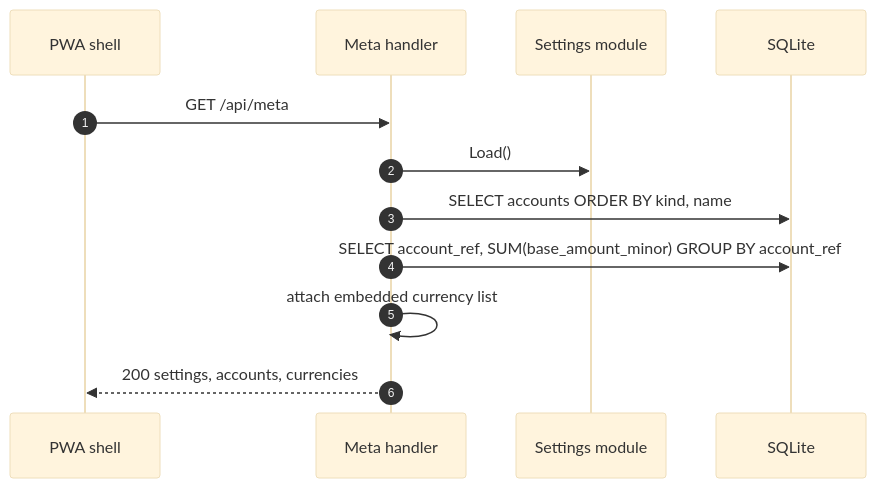
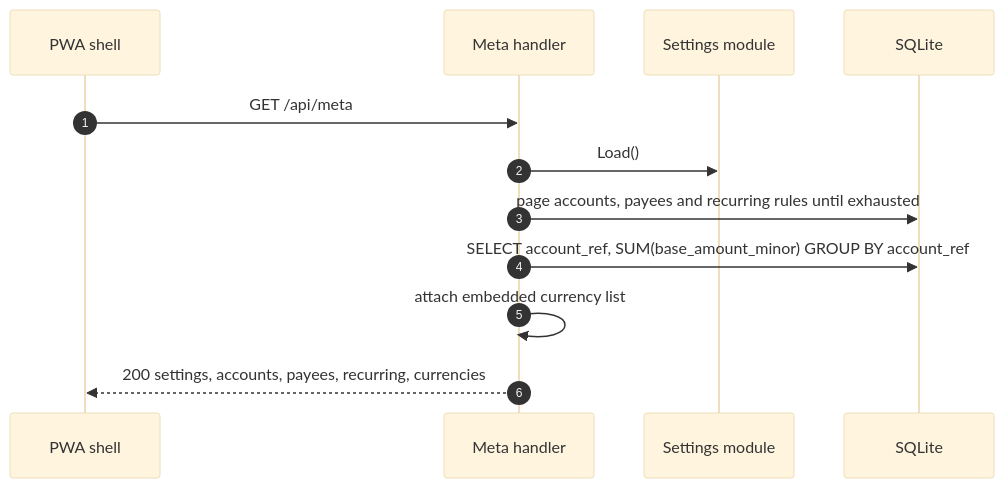
Before and after one commit to dimasbaguspm/spenicle: the diagram in docs/endpoints/GET_api_meta.md, drawn with Mermaid (base theme). The commit also changed other lines of this file and 21 other files, not shown here.

````diff
--- a/docs/endpoints/GET_api_meta.md
+++ b/docs/endpoints/GET_api_meta.md
@@ -59,14 +101,14 @@
 ```mermaid
 sequenceDiagram
     autonumber
     participant UI as PWA shell
     participant H as Meta handler
     participant S as Settings module
     participant DB as SQLite
     UI->>H: GET /api/meta
     H->>S: Load()
-    H->>DB: SELECT accounts ORDER BY kind, name
+    H->>DB: page accounts, payees and recurring rules until exhausted
     H->>DB: SELECT account_ref, SUM(base_amount_minor) GROUP BY account_ref
     H->>H: attach embedded currency list
-    H-->>UI: 200 settings, accounts, currencies
+    H-->>UI: 200 settings, accounts, payees, recurring, currencies
 ```
````
